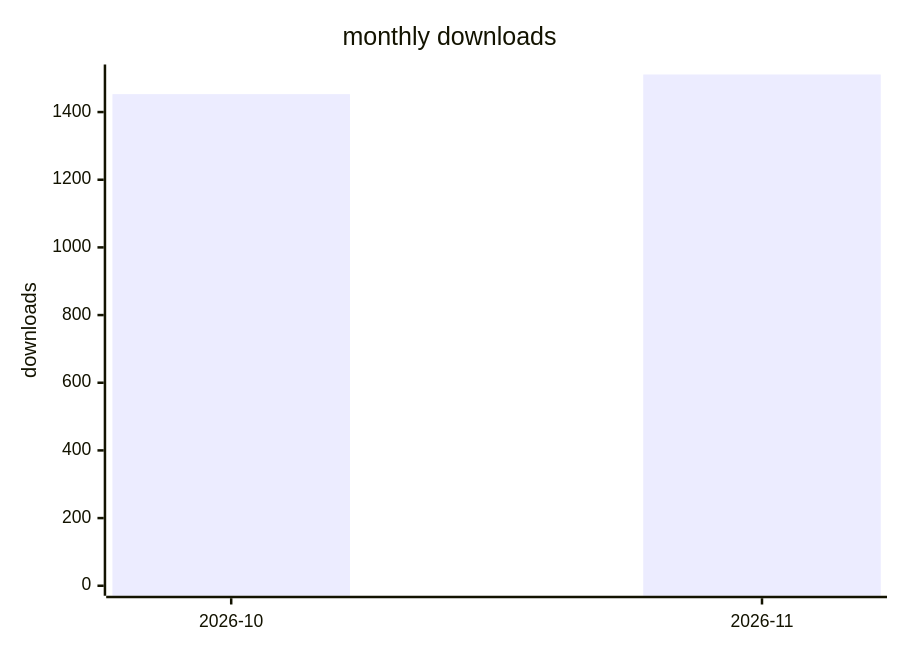
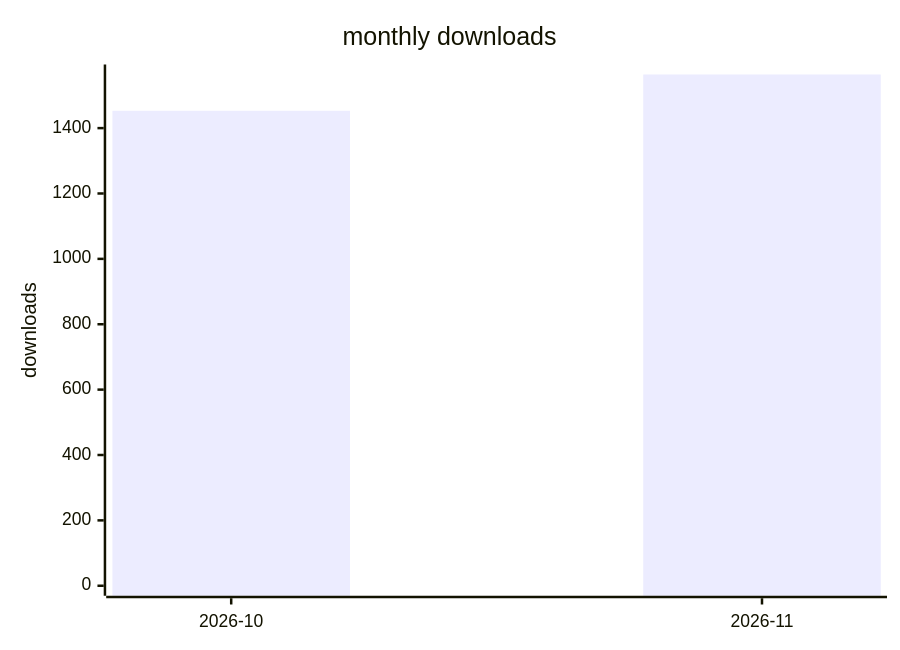
Before and after one commit to terry2010/dsh-loop-recover: the second of 2 diagrams in docs/downloads-2026.md, drawn with Mermaid. The commit also changed other lines of this file and 1 other file, not shown here.

````diff
--- a/docs/downloads-2026.md
+++ b/docs/downloads-2026.md
@@ -29,7 +29,7 @@
 ```mermaid
 xychart-beta
     title "monthly downloads"
     x-axis ["2026-10", "2026-11"]
-    y-axis "downloads" 0 --> 1511
-    bar [1453, 1511]
+    y-axis "downloads" 0 --> 1564
+    bar [1453, 1564]
 ```
````
